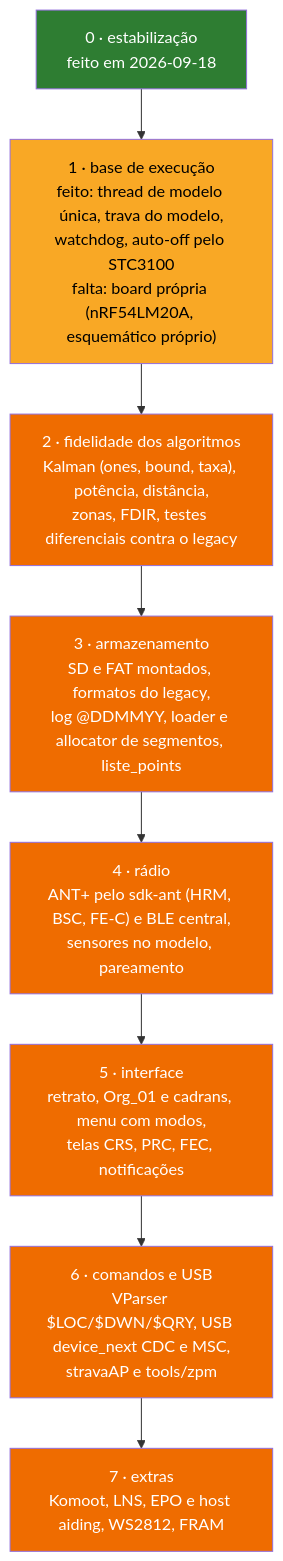
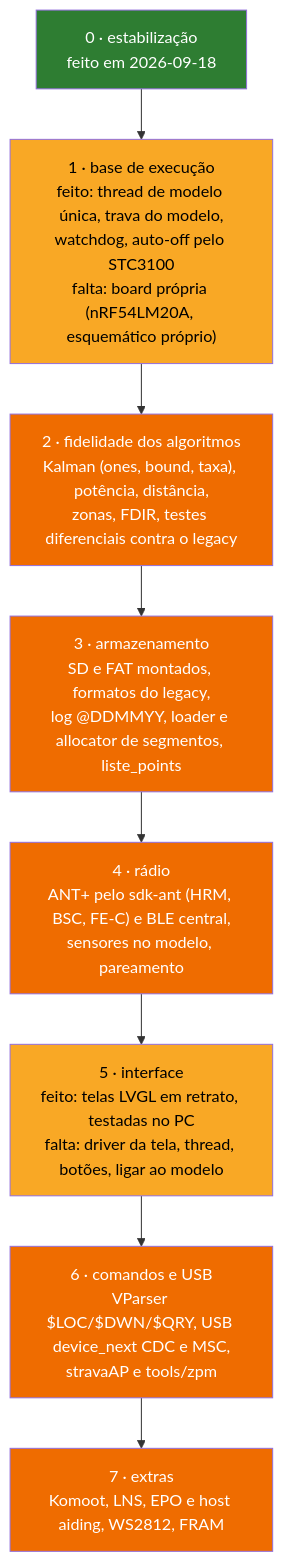
Before and after one commit to Guiimartinho/gnss-bike-computer: the second of 2 diagrams in docs/10-status-do-port.md, drawn with Mermaid. The commit also changed other lines of this file and 63 other files, not shown here.

````diff
--- a/docs/10-status-do-port.md
+++ b/docs/10-status-do-port.md
@@ -98,14 +98,14 @@
 ```mermaid
 flowchart TD
     F0["0 · estabilização<br/>feito em 2026-09-18"]:::done --> F1
     F1["1 · base de execução<br/>feito: thread de modelo única, trava do modelo,<br/>watchdog, auto-off pelo STC3100<br/>falta: board própria (nRF54LM20A, esquemático próprio)"]:::partial --> F2
     F2["2 · fidelidade dos algoritmos<br/>Kalman (ones, bound, taxa), potência, distância,<br/>zonas, FDIR, testes diferenciais contra o legacy"]:::pending --> F3
     F3["3 · armazenamento<br/>SD e FAT montados, formatos do legacy,<br/>log @DDMMYY, loader e allocator de segmentos, liste_points"]:::pending --> F4
     F4["4 · rádio<br/>ANT+ pelo sdk-ant (HRM, BSC, FE-C) e BLE central,<br/>sensores no modelo, pareamento"]:::pending --> F5
-    F5["5 · interface<br/>retrato, Org_01 e cadrans, menu com modos,<br/>telas CRS, PRC, FEC, notificações"]:::pending --> F6
+    F5["5 · interface<br/>feito: telas LVGL em retrato, testadas no PC<br/>falta: driver da tela, thread, botões, ligar ao modelo"]:::partial --> F6
     F6["6 · comandos e USB<br/>VParser $LOC/$DWN/$QRY, USB device_next CDC e MSC,<br/>stravaAP e tools/zpm"]:::pending --> F7
     F7["7 · extras<br/>Komoot, LNS, EPO e host aiding, WS2812, FRAM"]:::pending
     classDef done fill:#2e7d32,color:#ffffff
     classDef partial fill:#f9a825,color:#000000
     classDef pending fill:#ef6c00,color:#ffffff
 ```
````
